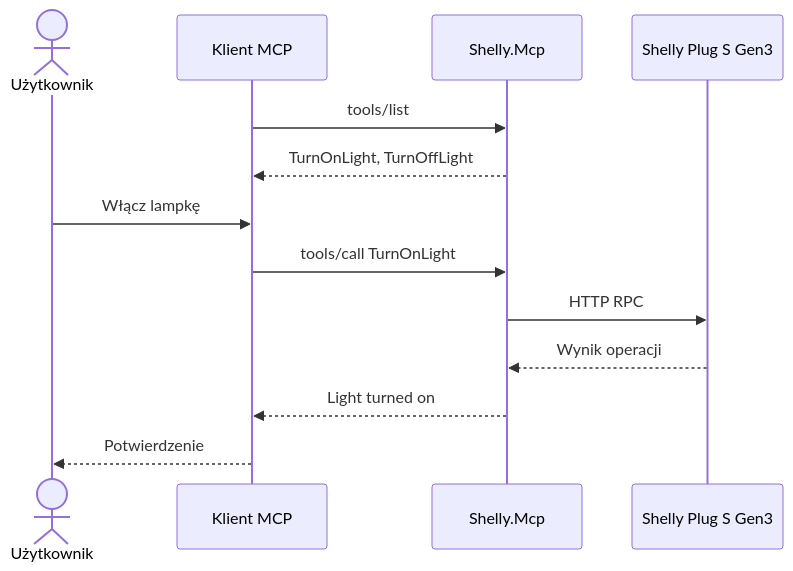
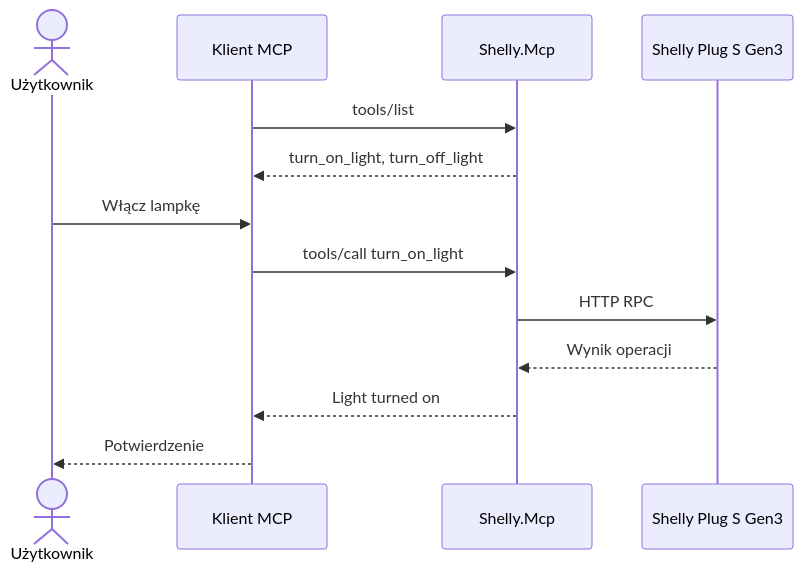
The second of 2 diagrams in 03-Shelly.Mcp/README.md (sulmar/shelly), drawn with Mermaid before and after one commit. The commit also changed other lines of this file and 3 other files, not shown here.

````diff
--- a/03-Shelly.Mcp/README.md
+++ b/03-Shelly.Mcp/README.md
@@ -93,16 +223,16 @@
 ```mermaid
 sequenceDiagram
     actor User as Użytkownik
     participant Client as Klient MCP
     participant Server as Shelly.Mcp
     participant Shelly as Shelly Plug S Gen3
 
     Client->>Server: tools/list
-    Server-->>Client: TurnOnLight, TurnOffLight
+    Server-->>Client: turn_on_light, turn_off_light
     User->>Client: Włącz lampkę
-    Client->>Server: tools/call TurnOnLight
+    Client->>Server: tools/call turn_on_light
     Server->>Shelly: HTTP RPC
     Shelly-->>Server: Wynik operacji
     Server-->>Client: Light turned on
     Client-->>User: Potwierdzenie
 ```
````
